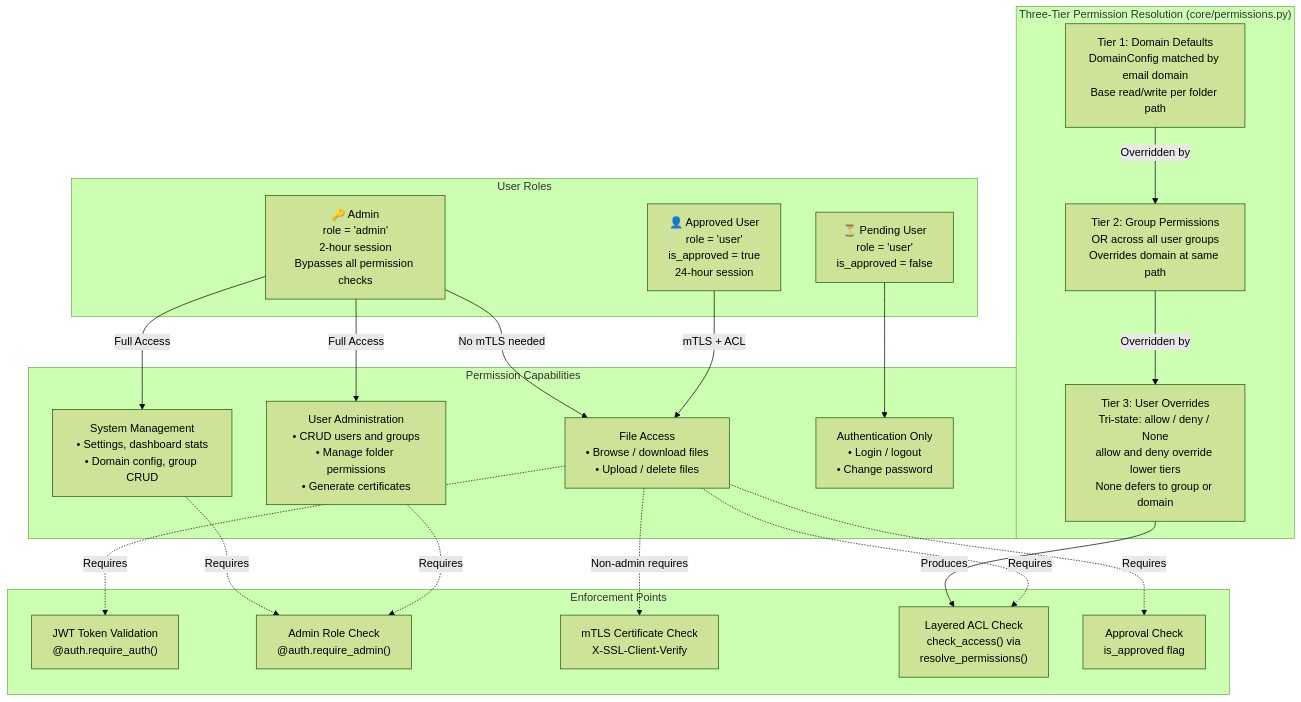
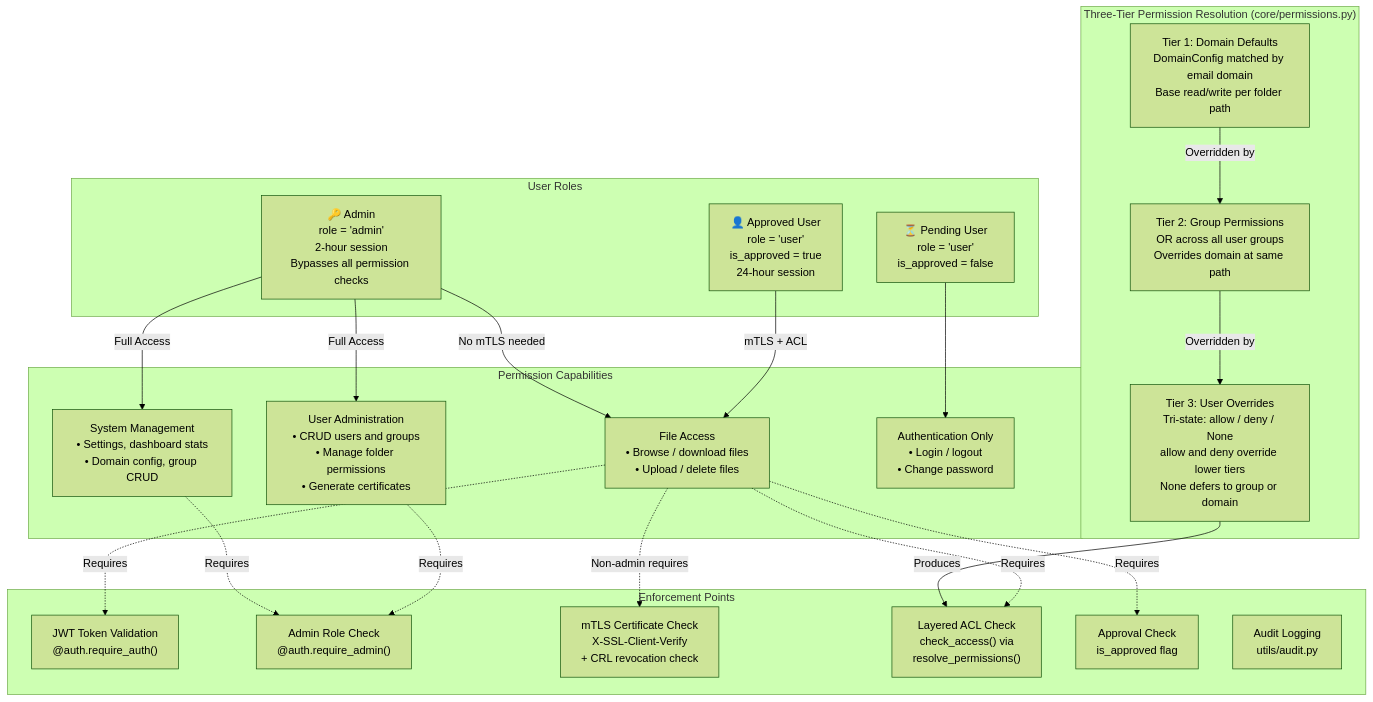
Before and after one commit to andreas-04/thumbs-up: the diagram in docs/diagrams/03-rbac.mmd, drawn with Mermaid (forest theme). The commit also changed 9 other files, not shown here.

Commit message:
docs: Update architecture and diagrams for new log collector and cert revokation features

```diff
--- a/docs/diagrams/03-rbac.mmd
+++ b/docs/diagrams/03-rbac.mmd
@@ -1,46 +1,47 @@
 graph TB
     subgraph Roles["User Roles"]
         Admin["🔑 Admin<br/>role = 'admin'<br/>2-hour session<br/>Bypasses all permission checks"]
         ApprovedUser["👤 Approved User<br/>role = 'user'<br/>is_approved = true<br/>24-hour session"]
         PendingUser["⏳ Pending User<br/>role = 'user'<br/>is_approved = false"]
     end
 
     subgraph PermTiers["Three-Tier Permission Resolution (core/permissions.py)"]
         Tier1["Tier 1: Domain Defaults<br/>DomainConfig matched by email domain<br/>Base read/write per folder path"]
         Tier2["Tier 2: Group Permissions<br/>OR across all user groups<br/>Overrides domain at same path"]
         Tier3["Tier 3: User Overrides<br/>Tri-state: allow / deny / None<br/>allow and deny override lower tiers<br/>None defers to group or domain"]
     end
 
     subgraph Capabilities["Permission Capabilities"]
         SysMgmt["System Management<br/>• Settings, dashboard stats<br/>• Domain config, group CRUD"]
         UserAdmin["User Administration<br/>• CRUD users and groups<br/>• Manage folder permissions<br/>• Generate certificates"]
         FileAccess["File Access<br/>• Browse / download files<br/>• Upload / delete files"]
         AuthOnly["Authentication Only<br/>• Login / logout<br/>• Change password"]
     end
 
     subgraph Enforcement["Enforcement Points"]
         JWTCheck["JWT Token Validation<br/>@auth.require_auth()"]
         AdminCheck["Admin Role Check<br/>@auth.require_admin()"]
-        mTLSCheck["mTLS Certificate Check<br/>X-SSL-Client-Verify"]
+        mTLSCheck["mTLS Certificate Check<br/>X-SSL-Client-Verify<br/>+ CRL revocation check"]
         ACLCheck["Layered ACL Check<br/>check_access() via<br/>resolve_permissions()"]
         ApprovalCheck["Approval Check<br/>is_approved flag"]
+        AuditCheck["Audit Logging<br/>utils/audit.py"]
     end
 
     Admin -->|"Full Access"| SysMgmt
     Admin -->|"Full Access"| UserAdmin
     Admin -->|"No mTLS needed"| FileAccess
 
     ApprovedUser -->|"mTLS + ACL"| FileAccess
 
     PendingUser --> AuthOnly
 
     Tier1 -->|"Overridden by"| Tier2
     Tier2 -->|"Overridden by"| Tier3
     Tier3 -->|"Produces"| ACLCheck
 
     SysMgmt -.->|"Requires"| AdminCheck
     UserAdmin -.->|"Requires"| AdminCheck
     FileAccess -.->|"Requires"| JWTCheck
     FileAccess -.->|"Non-admin requires"| mTLSCheck
     FileAccess -.->|"Requires"| ACLCheck
     FileAccess -.->|"Requires"| ApprovalCheck
```
